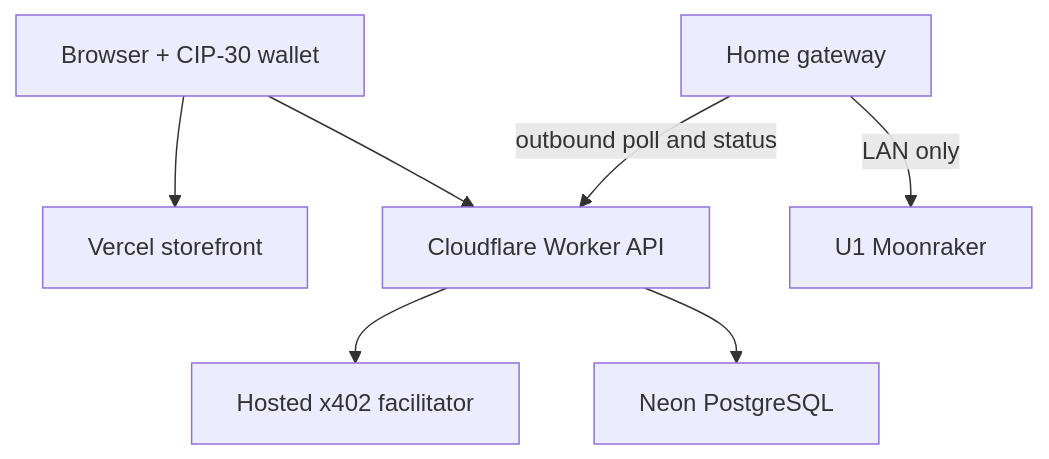
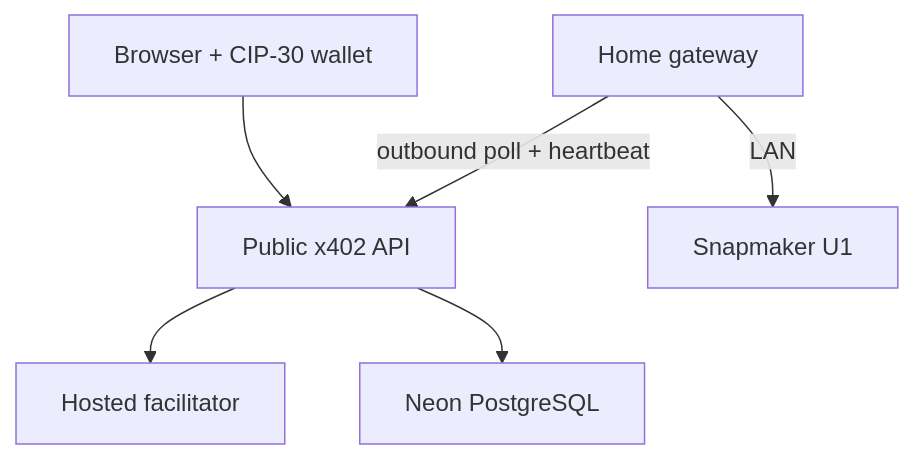
The diagram in README.md (Kammerlo/x402-cardano-3dprinting-service), drawn with Mermaid before and after one commit. The commit also changed other lines of this file and 23 other files, not shown here.

````diff
--- a/README.md
+++ b/README.md
@@ -33,9 +25,8 @@
 ```mermaid
 flowchart TD
-  B["Browser + CIP-30 wallet"] --> W["Vercel storefront"]
-  B --> A["Cloudflare Worker API"]
-  A --> F["Hosted x402 facilitator"]
+  B["Browser + CIP-30 wallet"] --> A["Public x402 API"]
+  A --> F["Hosted facilitator"]
   A --> N["Neon PostgreSQL"]
-  G["Home gateway"] -->|"outbound poll and status"| A
-  G -->|"LAN only"| U["U1 Moonraker"]
+  G["Home gateway"] -->|"outbound poll + heartbeat"| A
+  G -->|"LAN"| U["Snapmaker U1"]
 ```
````
